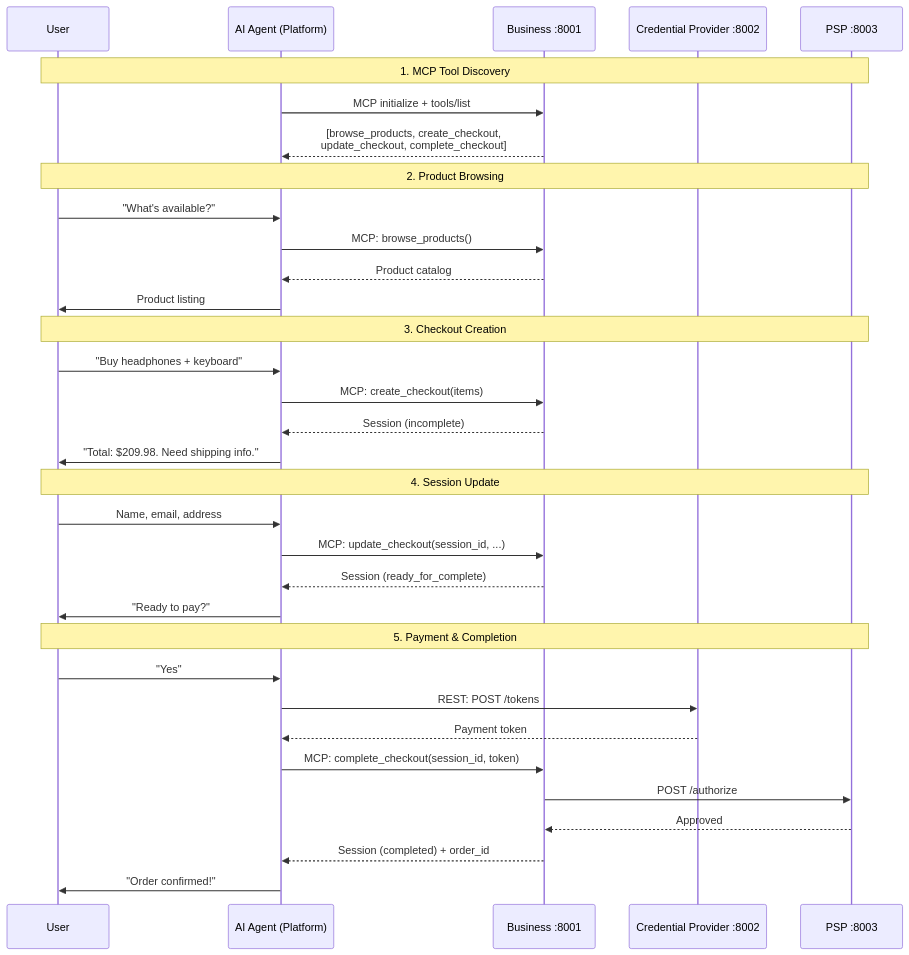
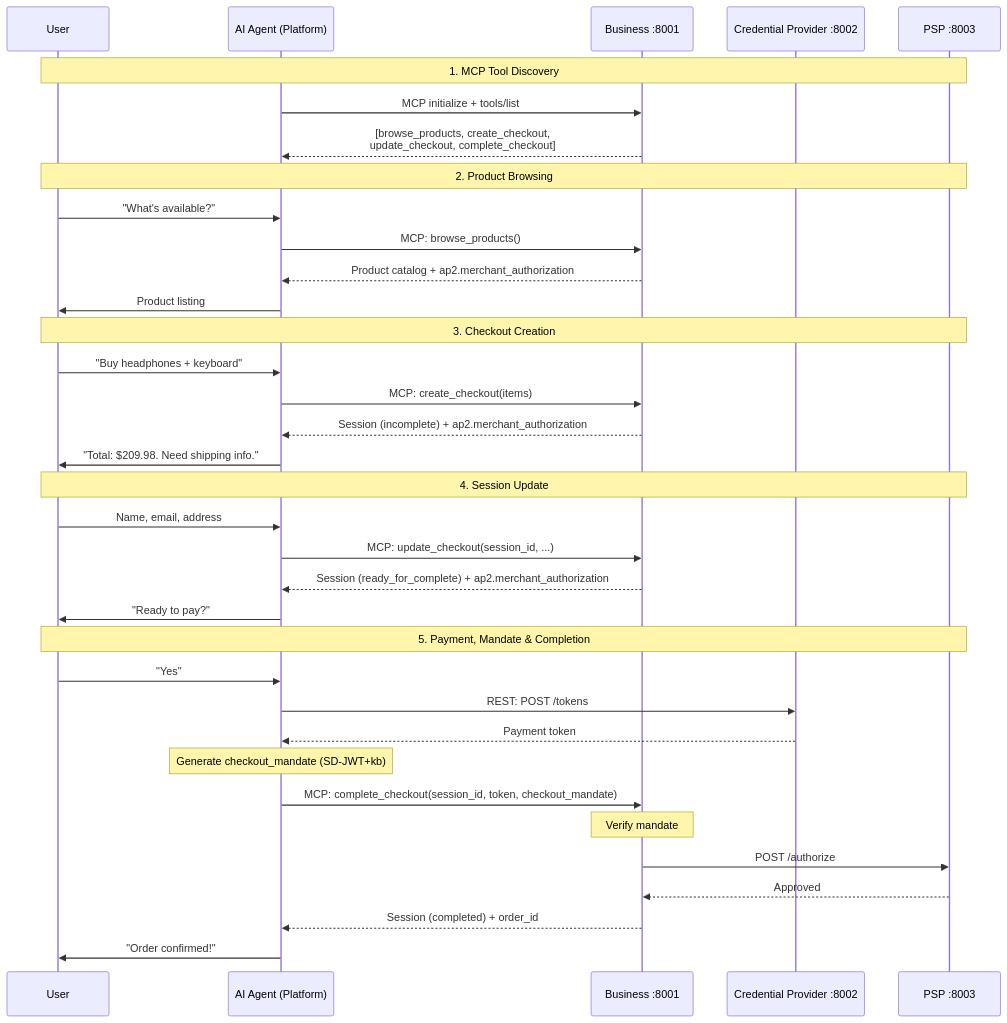
The sixth of 7 diagrams in README.md (wjdix/ucp-exploration), drawn with Mermaid before and after one commit. The commit also changed other lines of this file and 37 other files, not shown here.

````diff
--- a/README.md
+++ b/README.md
@@ -266,40 +289,42 @@
 ```mermaid
 sequenceDiagram
     participant User
     participant Agent as AI Agent (Platform)
     participant Business as Business :8001
     participant CP as Credential Provider :8002
     participant PSP as PSP :8003
 
     Note over User,PSP: 1. MCP Tool Discovery
     Agent->>Business: MCP initialize + tools/list
     Business-->>Agent: [browse_products, create_checkout,<br/>update_checkout, complete_checkout]
 
     Note over User,PSP: 2. Product Browsing
     User->>Agent: "What's available?"
     Agent->>Business: MCP: browse_products()
-    Business-->>Agent: Product catalog
+    Business-->>Agent: Product catalog + ap2.merchant_authorization
     Agent->>User: Product listing
 
     Note over User,PSP: 3. Checkout Creation
     User->>Agent: "Buy headphones + keyboard"
     Agent->>Business: MCP: create_checkout(items)
-    Business-->>Agent: Session (incomplete)
+    Business-->>Agent: Session (incomplete) + ap2.merchant_authorization
     Agent->>User: "Total: $209.98. Need shipping info."
 
     Note over User,PSP: 4. Session Update
     User->>Agent: Name, email, address
     Agent->>Business: MCP: update_checkout(session_id, ...)
-    Business-->>Agent: Session (ready_for_complete)
+    Business-->>Agent: Session (ready_for_complete) + ap2.merchant_authorization
     Agent->>User: "Ready to pay?"
 
-    Note over User,PSP: 5. Payment & Completion
+    Note over User,PSP: 5. Payment, Mandate & Completion
     User->>Agent: "Yes"
     Agent->>CP: REST: POST /tokens
     CP-->>Agent: Payment token
-    Agent->>Business: MCP: complete_checkout(session_id, token)
+    Note over Agent: Generate checkout_mandate (SD-JWT+kb)
+    Agent->>Business: MCP: complete_checkout(session_id, token, checkout_mandate)
+    Note over Business: Verify mandate
     Business->>PSP: POST /authorize
     PSP-->>Business: Approved
     Business-->>Agent: Session (completed) + order_id
     Agent->>User: "Order confirmed!"
 ```
````
